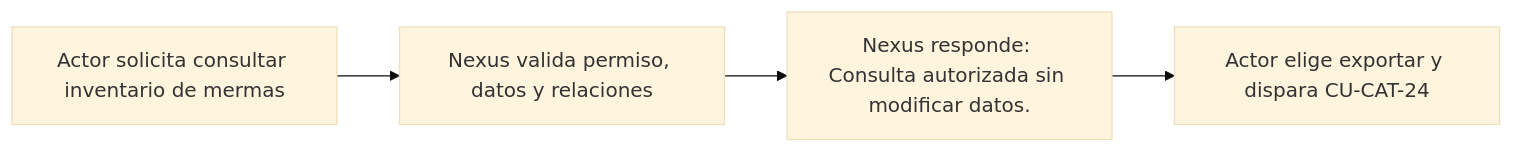
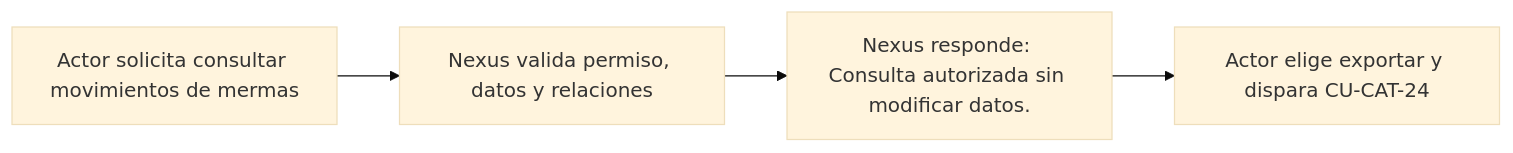
One commit to gpgsistemas01/nexus changed the diagram in docs/requirements/diagrams/catalogs/cu-cat-23.md. Above: the diagram before and after it, drawn with Mermaid (base theme). The commit also changed other lines of this file and 207 other files, not shown here.

````diff
--- a/docs/requirements/diagrams/catalogs/cu-cat-23.md
+++ b/docs/requirements/diagrams/catalogs/cu-cat-23.md
@@ -3,6 +3,6 @@
 ```mermaid
 flowchart LR
-    request["Actor solicita consultar inventario de mermas"] --> validate["Nexus valida permiso, datos y relaciones"]
+    request["Actor solicita consultar movimientos de mermas"] --> validate["Nexus valida permiso, datos y relaciones"]
     validate --> result["Nexus responde: Consulta autorizada sin modificar datos."]
     result --> report["Actor elige exportar y dispara CU-CAT-24"]
 ```
````
